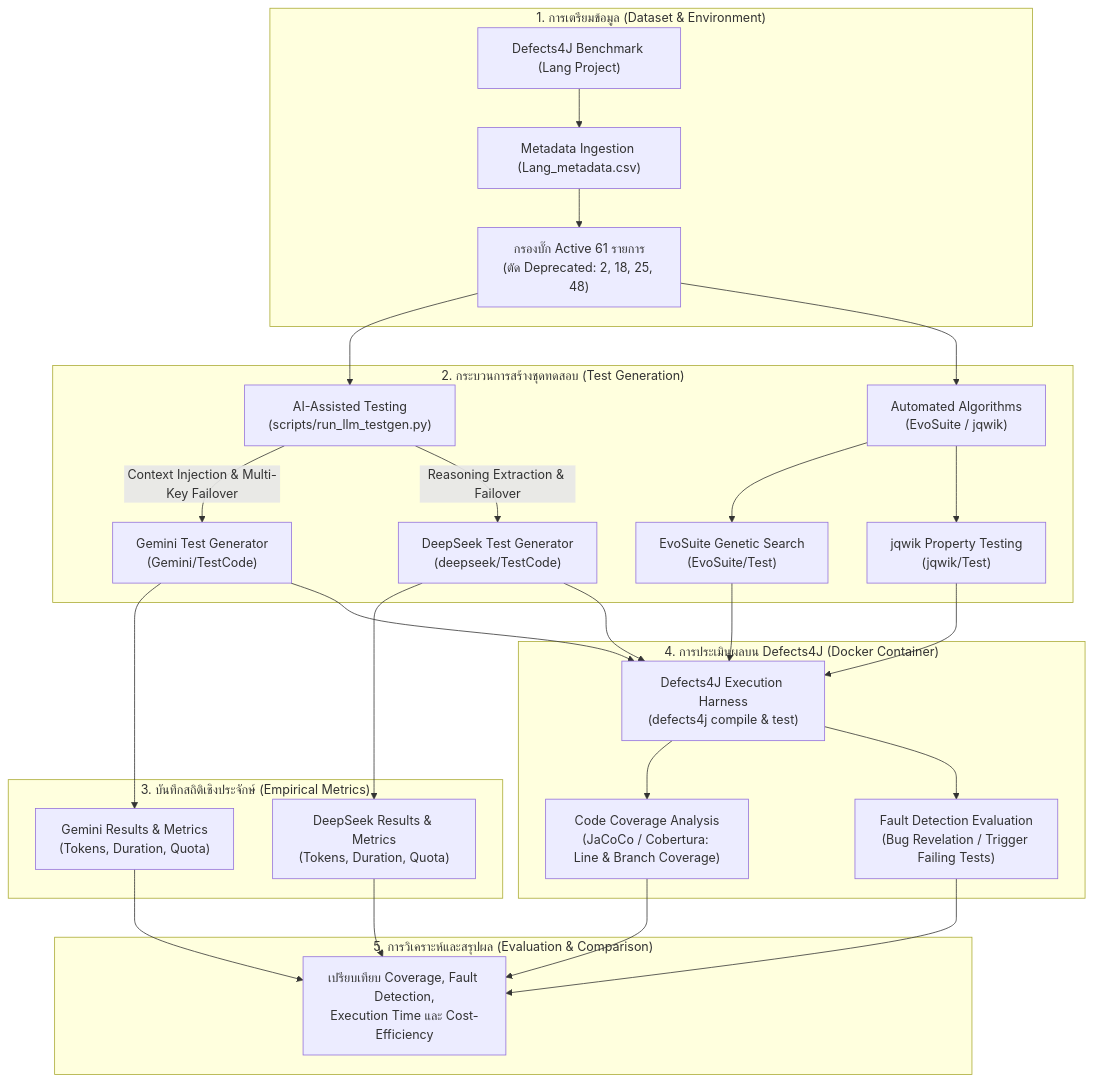
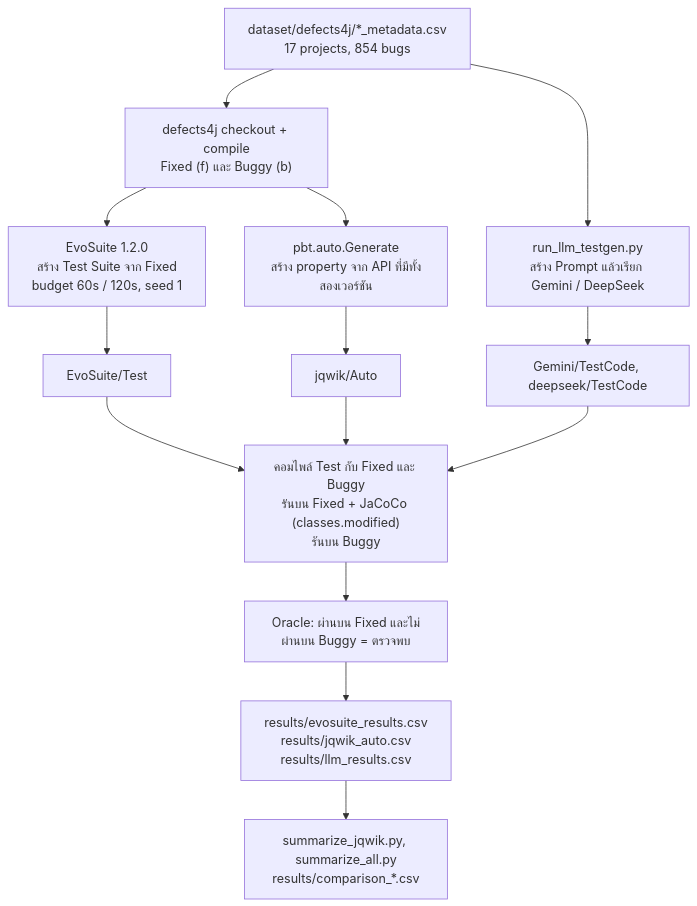
Before and after one commit to kaokao31/ProjectSQA: the diagram in README.md, drawn with Mermaid. The commit also changed other lines of this file and 1 other file, not shown here.

````diff
--- a/README.md
+++ b/README.md
@@ -36,32 +131,20 @@
 ```mermaid
 flowchart TD
-    subgraph DataPrep["1. การเตรียมข้อมูล (Dataset & Environment)"]
-        D1["Defects4J Benchmark (Lang Project)"] --> D2["Metadata Ingestion (Lang_metadata.csv)"]
-        D2 --> D3["กรองบั๊ก Active 61 รายการ<br/>(ตัด Deprecated: 2, 18, 25, 48)"]
-    end
+    M["dataset/defects4j/*_metadata.csv<br/>17 projects, 854 bugs"] --> CO["defects4j checkout + compile<br/>Fixed (f) และ Buggy (b)"]
 
-    subgraph Generation["2. กระบวนการสร้างชุดทดสอบ (Test Generation)"]
-        D3 --> G1["AI-Assisted Testing<br/>(scripts/run_llm_testgen.py)"]
-        D3 --> G2["Automated Algorithms<br/>(EvoSuite / jqwik)"]
-        
-        G1 -->|Context Injection & Multi-Key Failover| G1_A["Gemini Test Generator<br/>(Gemini/TestCode)"]
-        G1 -->|Reasoning Extraction & Failover| G1_B["DeepSeek Test Generator<br/>(deepseek/TestCode)"]
-        G2 --> G2_A["EvoSuite Genetic Search<br/>(EvoSuite/Test)"]
-        G2 --> G2_B["jqwik Property Testing<br/>(jqwik/Test)"]
-    end
+    CO --> E1["EvoSuite 1.2.0<br/>สร้าง Test Suite จาก Fixed<br/>budget 60s / 120s, seed 1"]
+    CO --> J1["pbt.auto.Generate<br/>สร้าง property จาก API ที่มีทั้งสองเวอร์ชัน"]
+    M --> L1["run_llm_testgen.py<br/>สร้าง Prompt แล้วเรียก Gemini / DeepSeek"]
 
-    subgraph MetricsLog["3. บันทึกสถิติเชิงประจักษ์ (Empirical Metrics)"]
-        G1_A --> M1["Gemini Results & Metrics<br/>(Tokens, Duration, Quota)"]
-        G1_B --> M2["DeepSeek Results & Metrics<br/>(Tokens, Duration, Quota)"]
-    end
+    E1 --> E2["EvoSuite/Test"]
+    J1 --> J2["jqwik/Auto"]
+    L1 --> L2["Gemini/TestCode, deepseek/TestCode"]
 
-    subgraph Execution["4. การประเมินผลบน Defects4J (Docker Container)"]
-        G1_A & G1_B & G2_A & G2_B --> E1["Defects4J Execution Harness<br/>(defects4j compile & test)"]
-        E1 --> E2["Code Coverage Analysis<br/>(JaCoCo / Cobertura: Line & Branch Coverage)"]
-        E1 --> E3["Fault Detection Evaluation<br/>(Bug Revelation / Trigger Failing Tests)"]
-    end
+    E2 --> EV["คอมไพล์ Test กับ Fixed และ Buggy<br/>รันบน Fixed + JaCoCo (classes.modified)<br/>รันบน Buggy"]
+    J2 --> EV
+    L2 --> EV
 
-    subgraph Summary["5. การวิเคราะห์และสรุปผล (Evaluation & Comparison)"]
-        E2 & E3 & M1 & M2 --> S1["เปรียบเทียบ Coverage, Fault Detection,<br/>Execution Time และ Cost-Efficiency"]
-    end
+    EV --> O["Oracle: ผ่านบน Fixed และไม่ผ่านบน Buggy = ตรวจพบ"]
+    O --> R["results/evosuite_results.csv<br/>results/jqwik_auto.csv<br/>results/llm_results.csv"]
+    R --> S["summarize_jqwik.py, summarize_all.py<br/>results/comparison_*.csv"]
 ```
````
